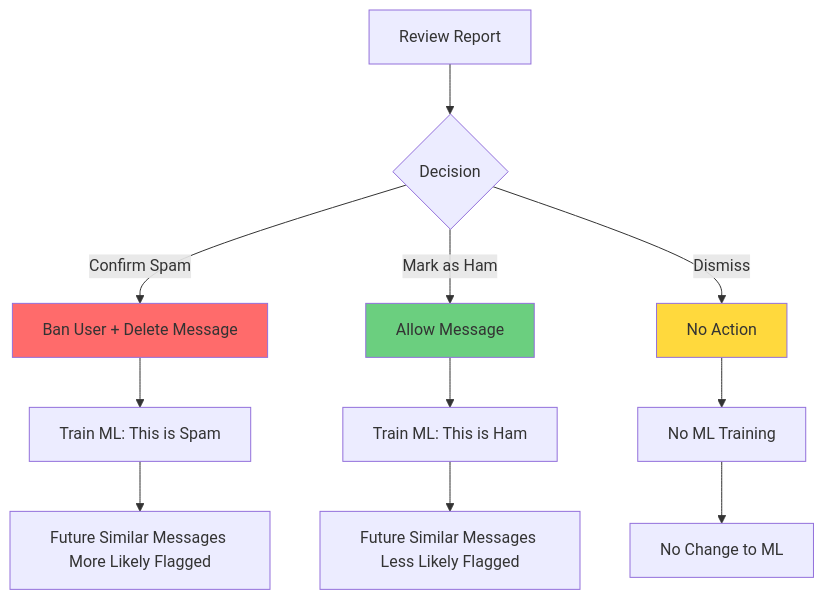
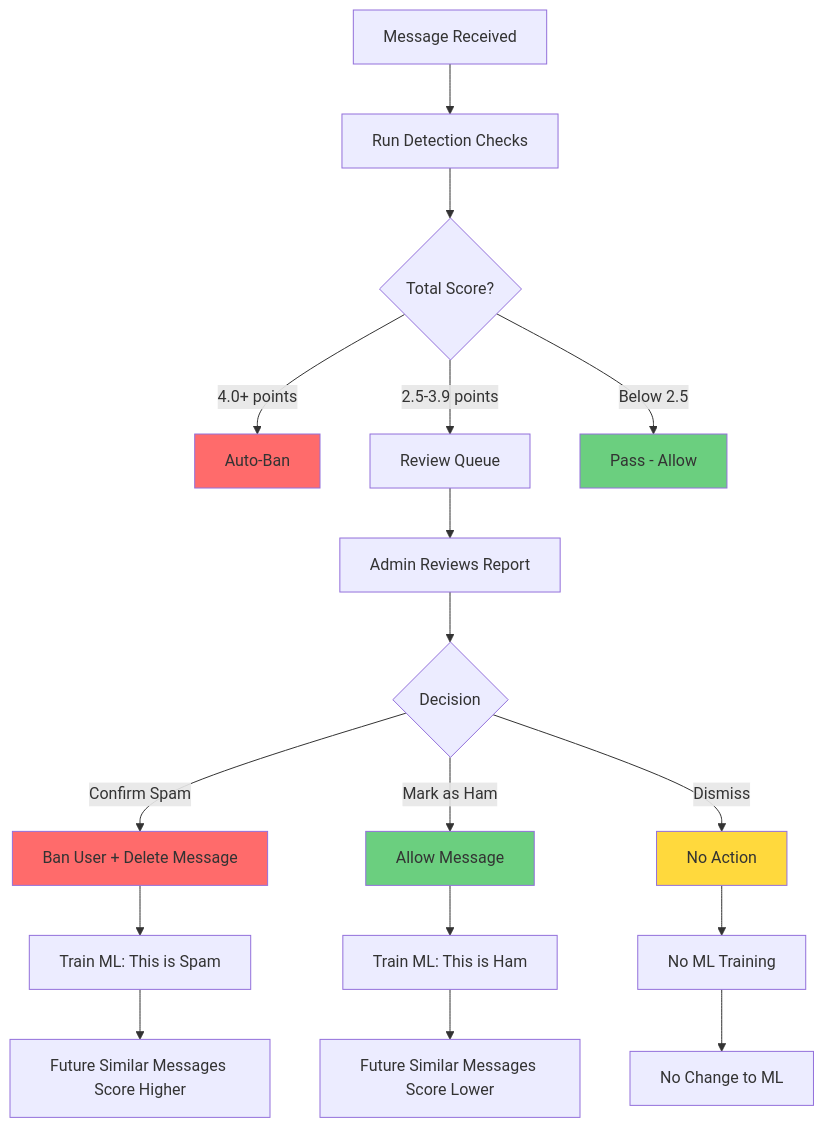
One commit to musicislife08/TelegramGroupsAdmin changed the diagram in TelegramGroupsAdmin/Docs/features/02-reports.md. Above: the diagram before and after it, drawn with Mermaid. The commit also changed other lines of this file and 21 other files, not shown here.

````diff
--- a/TelegramGroupsAdmin/Docs/features/02-reports.md
+++ b/TelegramGroupsAdmin/Docs/features/02-reports.md
@@ -157,19 +158,28 @@
 ```mermaid
 flowchart TD
-    A[Review Report] --> B{Decision}
+    M[Message Received] --> S[Run Detection Checks]
+    S --> T{Total Score?}
+    T -->|4.0+ points| AB[Auto-Ban]
+    T -->|2.5-3.9 points| RQ[Review Queue]
+    T -->|Below 2.5| P[Pass - Allow]
+
+    RQ --> A[Admin Reviews Report]
+    A --> B{Decision}
     B -->|Confirm Spam| C[Ban User + Delete Message]
     B -->|Mark as Ham| D[Allow Message]
     B -->|Dismiss| E[No Action]
 
     C --> F[Train ML: This is Spam]
     D --> G[Train ML: This is Ham]
     E --> H[No ML Training]
 
-    F --> I[Future Similar Messages More Likely Flagged]
-    G --> J[Future Similar Messages Less Likely Flagged]
+    F --> I[Future Similar Messages Score Higher]
+    G --> J[Future Similar Messages Score Lower]
     H --> K[No Change to ML]
 
+    style AB fill:#ff6b6b
     style C fill:#ff6b6b
     style D fill:#6bcf7f
     style E fill:#ffd93d
+    style P fill:#6bcf7f
 ```
````
